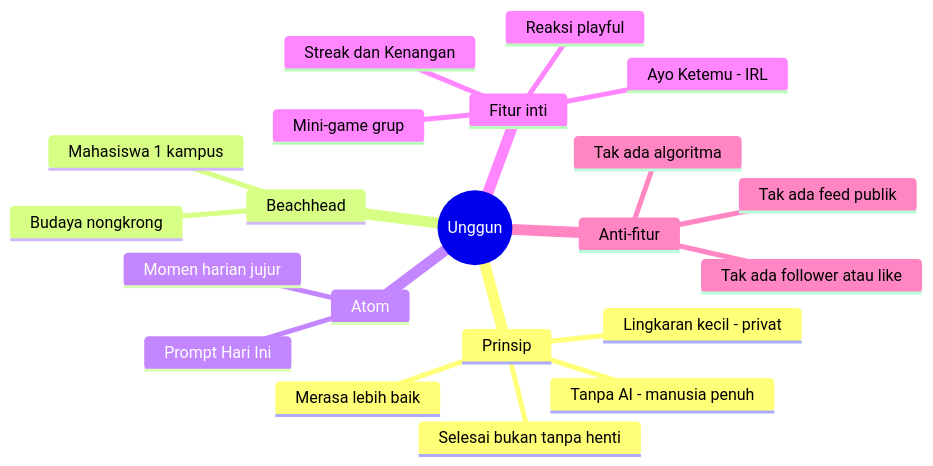
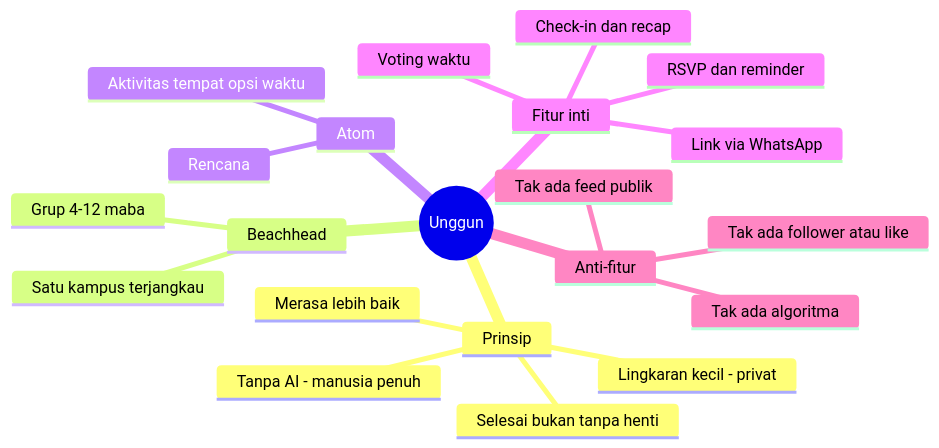
Before and after one commit to itsmhp/SocialMedia: the first of 3 diagrams in concept/README.md, drawn with Mermaid. The commit also changed other lines of this file and 10 other files, not shown here.

````diff
--- a/concept/README.md
+++ b/concept/README.md
@@ -23,24 +26,24 @@
 ```mermaid
 mindmap
   root((Unggun))
     Prinsip
       Tanpa AI - manusia penuh
       Lingkaran kecil - privat
       Selesai bukan tanpa henti
       Merasa lebih baik
     Beachhead
-      Mahasiswa 1 kampus
-      Budaya nongkrong
+      Grup 4-12 maba
+      Satu kampus terjangkau
     Atom
-      Momen harian jujur
-      Prompt Hari Ini
+      Rencana
+      Aktivitas tempat opsi waktu
     Fitur inti
-      Reaksi playful
-      Mini-game grup
-      Ayo Ketemu - IRL
-      Streak dan Kenangan
+      Link via WhatsApp
+      Voting waktu
+      RSVP dan reminder
+      Check-in dan recap
     Anti-fitur
       Tak ada feed publik
       Tak ada follower atau like
       Tak ada algoritma
 ```
````
